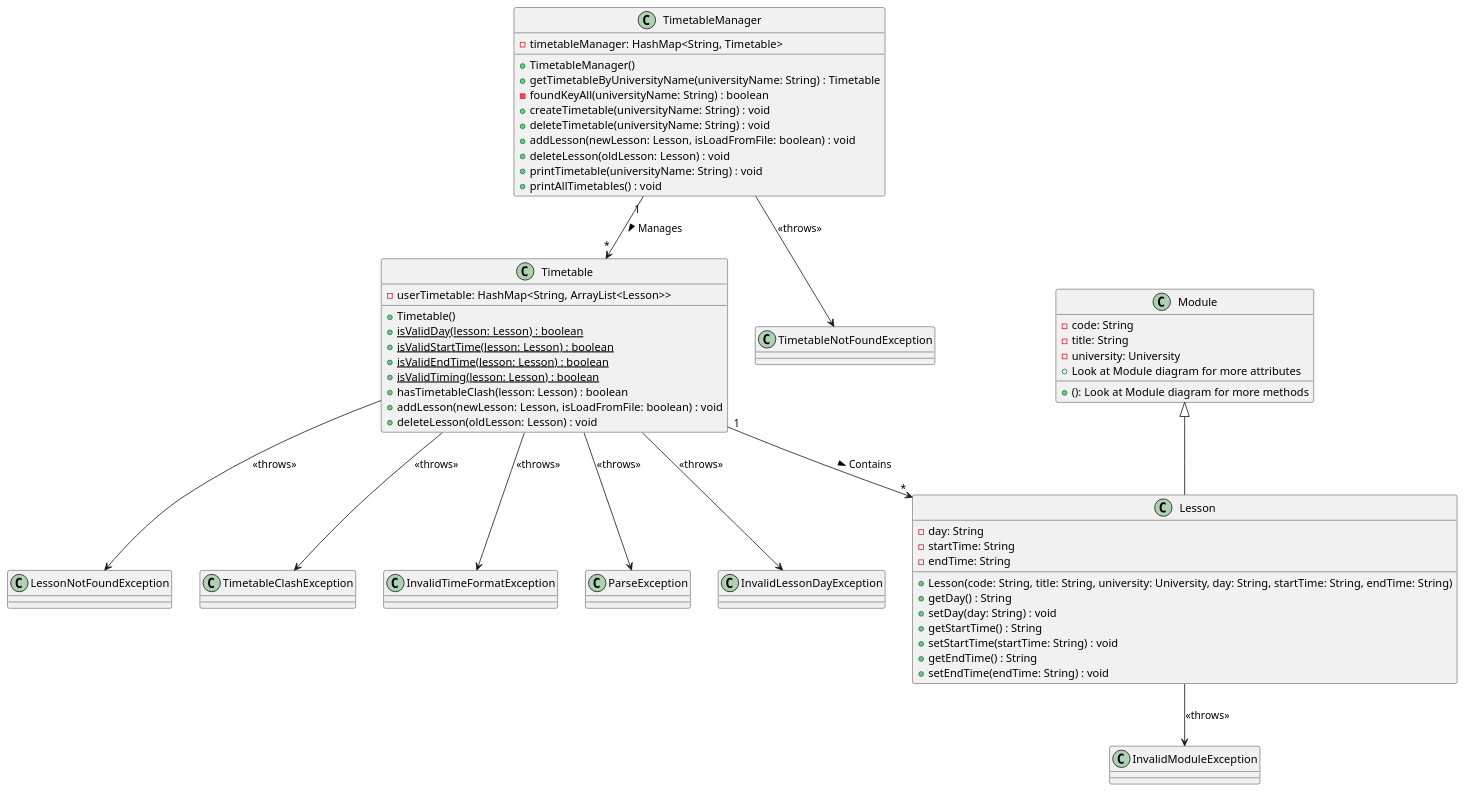
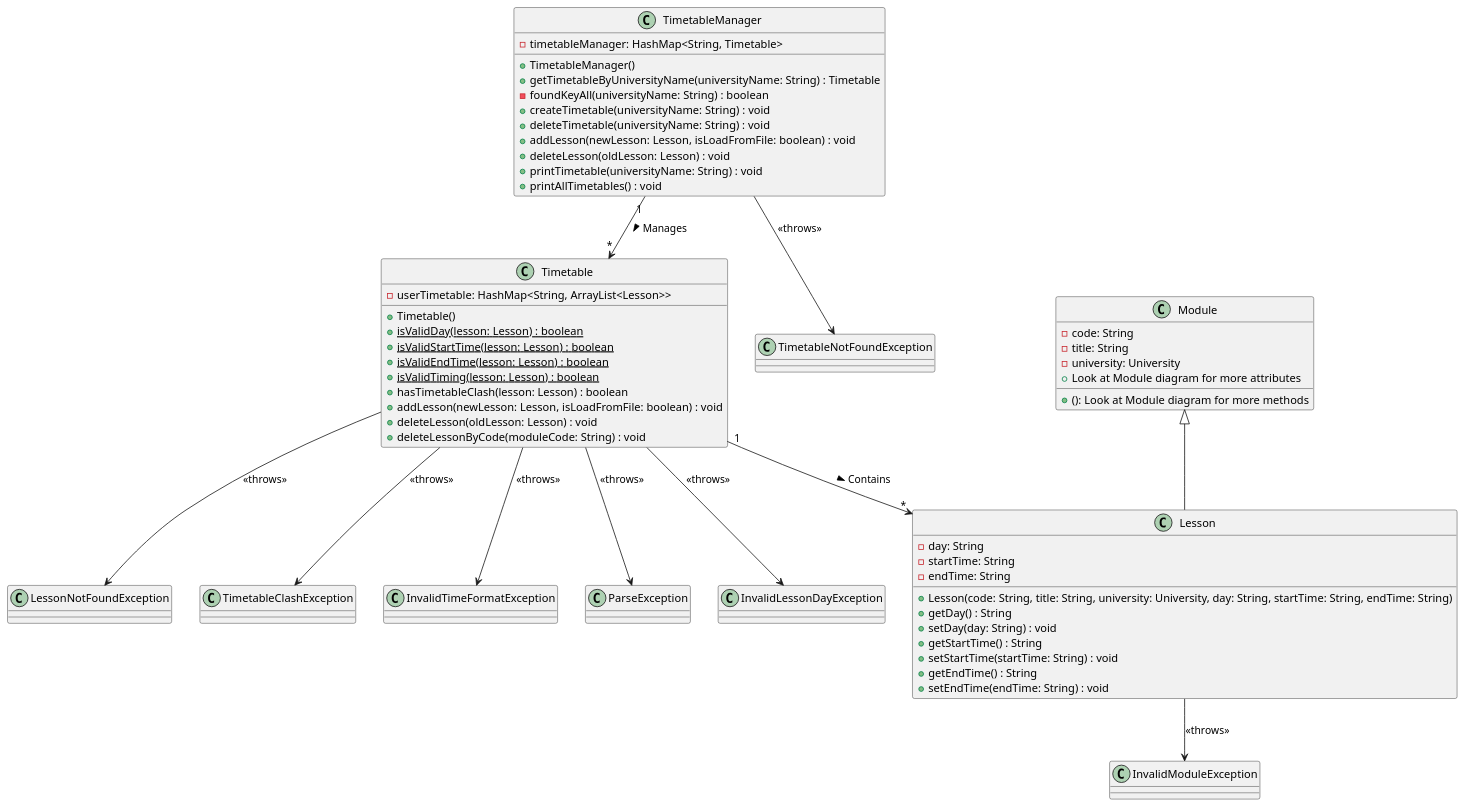
The diagram in docs/diagrams/Timetable_Class.puml (nus-cs2113-AY2223S1/tp), drawn with PlantUML before and after one commit. The commit also changed 1 other file, not shown here.

Commit message:
Update Timetable diagram

```diff
--- a/docs/diagrams/Timetable_Class.puml
+++ b/docs/diagrams/Timetable_Class.puml
@@ -1,82 +1,83 @@
 @startuml
 'https://plantuml.com/class-diagram
 
 class TimetableManager {
     - timetableManager: HashMap<String, Timetable>
     + TimetableManager()
     + getTimetableByUniversityName(universityName: String) : Timetable
     - foundKeyAll(universityName: String) : boolean
     + createTimetable(universityName: String) : void
     + deleteTimetable(universityName: String) : void
     + addLesson(newLesson: Lesson, isLoadFromFile: boolean) : void
     + deleteLesson(oldLesson: Lesson) : void
     + printTimetable(universityName: String) : void
     + printAllTimetables() : void
 }
 
 class Timetable {
     - userTimetable: HashMap<String, ArrayList<Lesson>>
     + Timetable()
     {static} + isValidDay(lesson: Lesson) : boolean
     {static} + isValidStartTime(lesson: Lesson) : boolean
     {static} + isValidEndTime(lesson: Lesson) : boolean
     {static} + isValidTiming(lesson: Lesson) : boolean
     + hasTimetableClash(lesson: Lesson) : boolean
     + addLesson(newLesson: Lesson, isLoadFromFile: boolean) : void
     + deleteLesson(oldLesson: Lesson) : void
+    + deleteLessonByCode(moduleCode: String) : void
 }
 
 class Lesson {
     - day: String
     - startTime: String
     - endTime: String
     + Lesson(code: String, title: String, university: University, day: String, startTime: String, endTime: String)
     + getDay() : String
     + setDay(day: String) : void
     + getStartTime() : String
     + setStartTime(startTime: String) : void
     + getEndTime() : String
     + setEndTime(endTime: String) : void
 }
 
 class Module {
     - code: String
     - title: String
     - university: University
     + Look at Module diagram for more attributes
     + (): Look at Module diagram for more methods
 }
 
 class LessonNotFoundException {
 }
 
 class TimetableNotFoundException {
 }
 
 class TimetableClashException {
 }
 
 class InvalidModuleException {
 }
 
 class InvalidTimeFormatException {
 }
 
 class ParseException {
 }
 
 class InvalidLessonDayException {
 }
 
 TimetableManager "1" --> "*" Timetable :> Manages
 Timetable "1" --> "*" Lesson :> Contains
 Lesson --> InvalidModuleException : <<throws>>
 Timetable --> InvalidTimeFormatException : <<throws>>
 Timetable --> TimetableClashException : <<throws>>
 Timetable --> ParseException : <<throws>>
 Timetable --> LessonNotFoundException : <<throws>>
 Timetable --> InvalidLessonDayException : <<throws>>
 TimetableManager --> TimetableNotFoundException : <<throws>>
 Module <|-- Lesson
 
 @enduml
```
